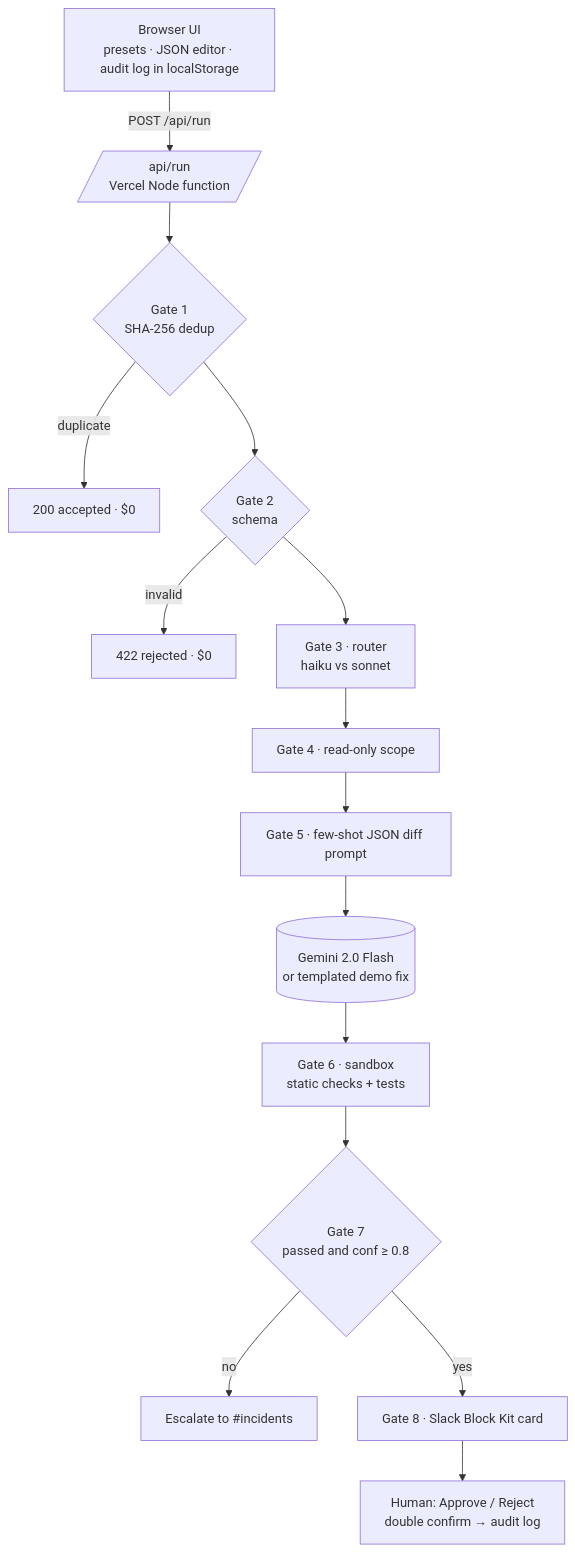
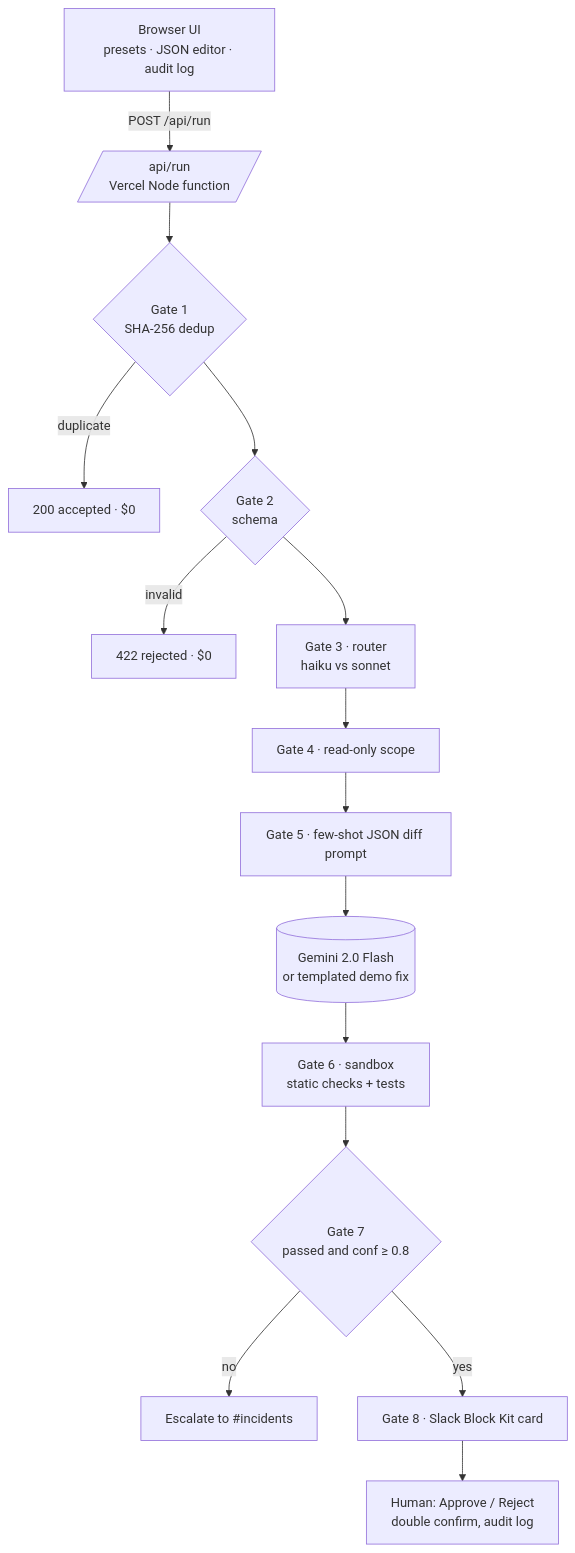
One commit to Saitarun29/agent-guardrails-playground changed the diagram in README.md. Above: the diagram before and after it, drawn with Mermaid. The commit also changed other lines of this file, not shown here.

````diff
--- a/README.md
+++ b/README.md
@@ -52,17 +41,17 @@
 ```mermaid
 flowchart TD
-    UI[Browser UI<br/>presets · JSON editor · audit log in localStorage] -->|POST /api/run| API[/api/run<br/>Vercel Node function/]
+    UI[Browser UI<br/>presets · JSON editor · audit log] -->|POST /api/run| API[/api/run<br/>Vercel Node function/]
     API --> G1{Gate 1<br/>SHA-256 dedup}
     G1 -->|duplicate| D[200 accepted · $0]
     G1 --> G2{Gate 2<br/>schema}
     G2 -->|invalid| R[422 rejected · $0]
     G2 --> G3[Gate 3 · router<br/>haiku vs sonnet]
     G3 --> G4[Gate 4 · read-only scope]
     G4 --> G5[Gate 5 · few-shot JSON diff prompt]
     G5 --> LLM[(Gemini 2.0 Flash<br/>or templated demo fix)]
     LLM --> G6[Gate 6 · sandbox<br/>static checks + tests]
     G6 --> G7{Gate 7<br/>passed and conf ≥ 0.8}
     G7 -->|no| ESC[Escalate to #incidents]
     G7 -->|yes| G8[Gate 8 · Slack Block Kit card]
-    G8 --> H[Human: Approve / Reject<br/>double confirm → audit log]
+    G8 --> H[Human: Approve / Reject<br/>double confirm, audit log]
 ```
````
